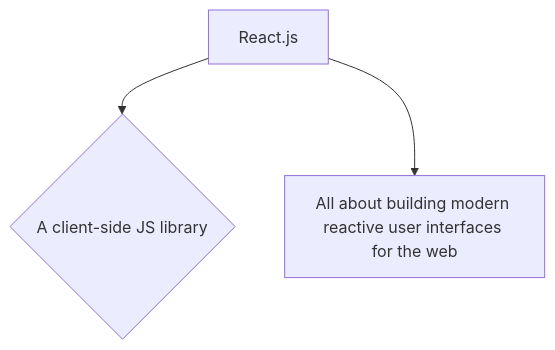
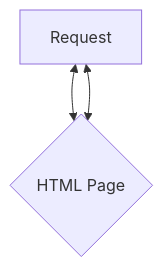
The diagram in README.md (AriiMe/Functions-challenge), drawn with Mermaid before and after one commit.

````diff
--- a/README.md
+++ b/README.md
@@ -1,5 +1,5 @@
 ```mermaid
 flowchart TD
-    A[React.js] --> B{A client-side JS library};
-    A --> C[All about building modern reactive user interfaces for the web];
+    A[Request] <--> B{HTML Page};
+   A <--> B
 ```
````
